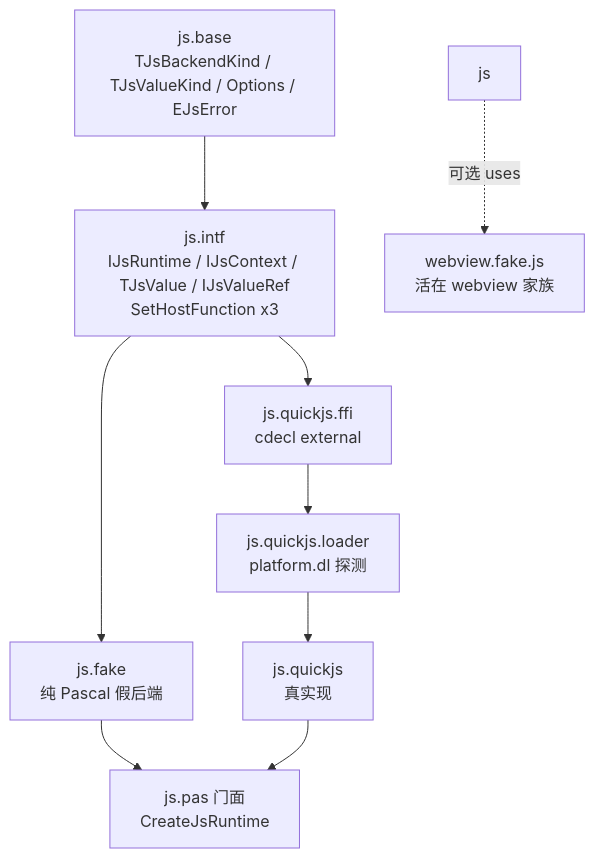
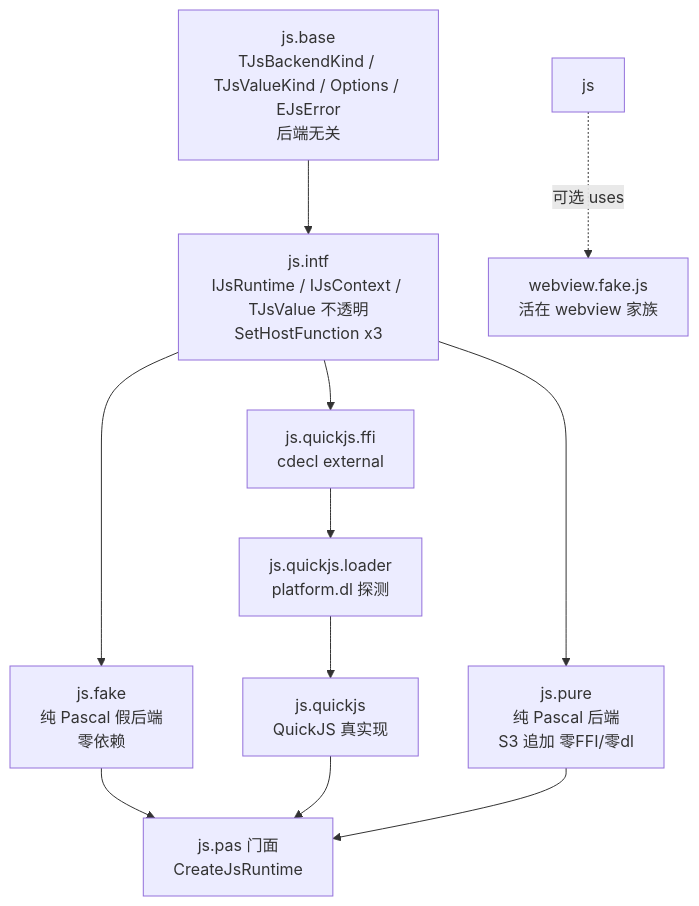
The diagram in core/docs/js/DESIGN.md (dtamade/nextPas), drawn with Mermaid before and after one commit. The commit also changed other lines of this file and 6 other files, not shown here.

First line of the commit message:
docs(js): 纯Pas后端零摩擦插拔保证 — 后端无关TJsValue/枚举尾部/js.pure

````diff
--- a/core/docs/js/DESIGN.md
+++ b/core/docs/js/DESIGN.md
@@ -9,13 +9,15 @@
 ```mermaid
 flowchart TB
-  base["js.base<br/>TJsBackendKind / TJsValueKind / Options / EJsError"]
-  intf["js.intf<br/>IJsRuntime / IJsContext / TJsValue / IJsValueRef<br/>SetHostFunction x3"]
-  fake["js.fake<br/>纯 Pascal 假后端"]
+  base["js.base<br/>TJsBackendKind / TJsValueKind / Options / EJsError<br/>后端无关"]
+  intf["js.intf<br/>IJsRuntime / IJsContext / TJsValue 不透明<br/>SetHostFunction x3"]
+  fake["js.fake<br/>纯 Pascal 假后端<br/>零依赖"]
   ffi["js.quickjs.ffi<br/>cdecl external"]
   loader["js.quickjs.loader<br/>platform.dl 探测"]
-  impl["js.quickjs<br/>真实现"]
+  impl["js.quickjs<br/>QuickJS 真实现"]
+  pure["js.pure<br/>纯 Pascal 后端<br/>S3 追加 零FFI/零dl"]
   facade["js.pas 门面<br/>CreateJsRuntime"]
   base --> intf --> fake --> facade
   intf --> ffi --> loader --> impl --> facade
+  intf --> pure --> facade
   js -. "可选 uses" .-> webview["webview.fake.js<br/>活在 webview 家族"]
 ```
````
